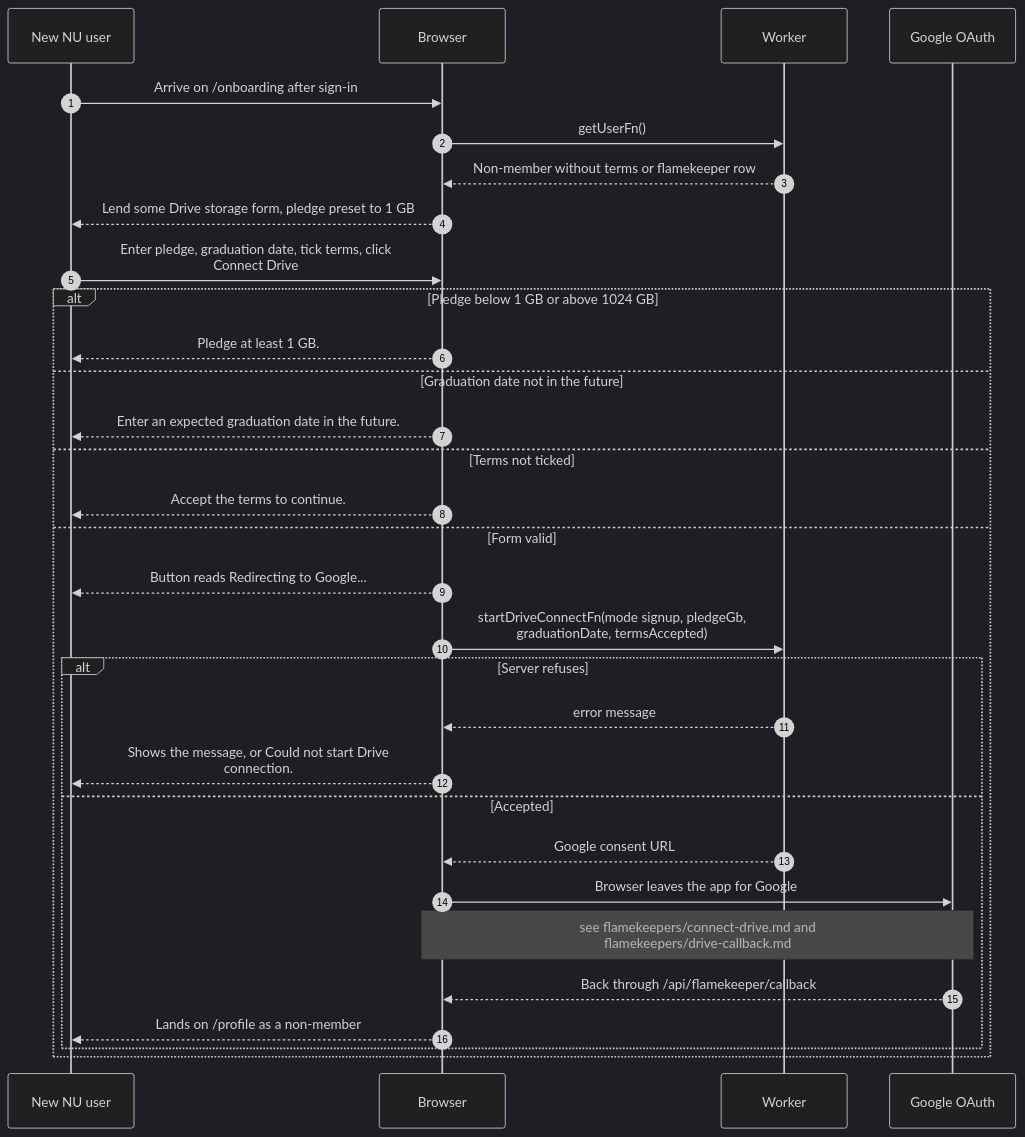
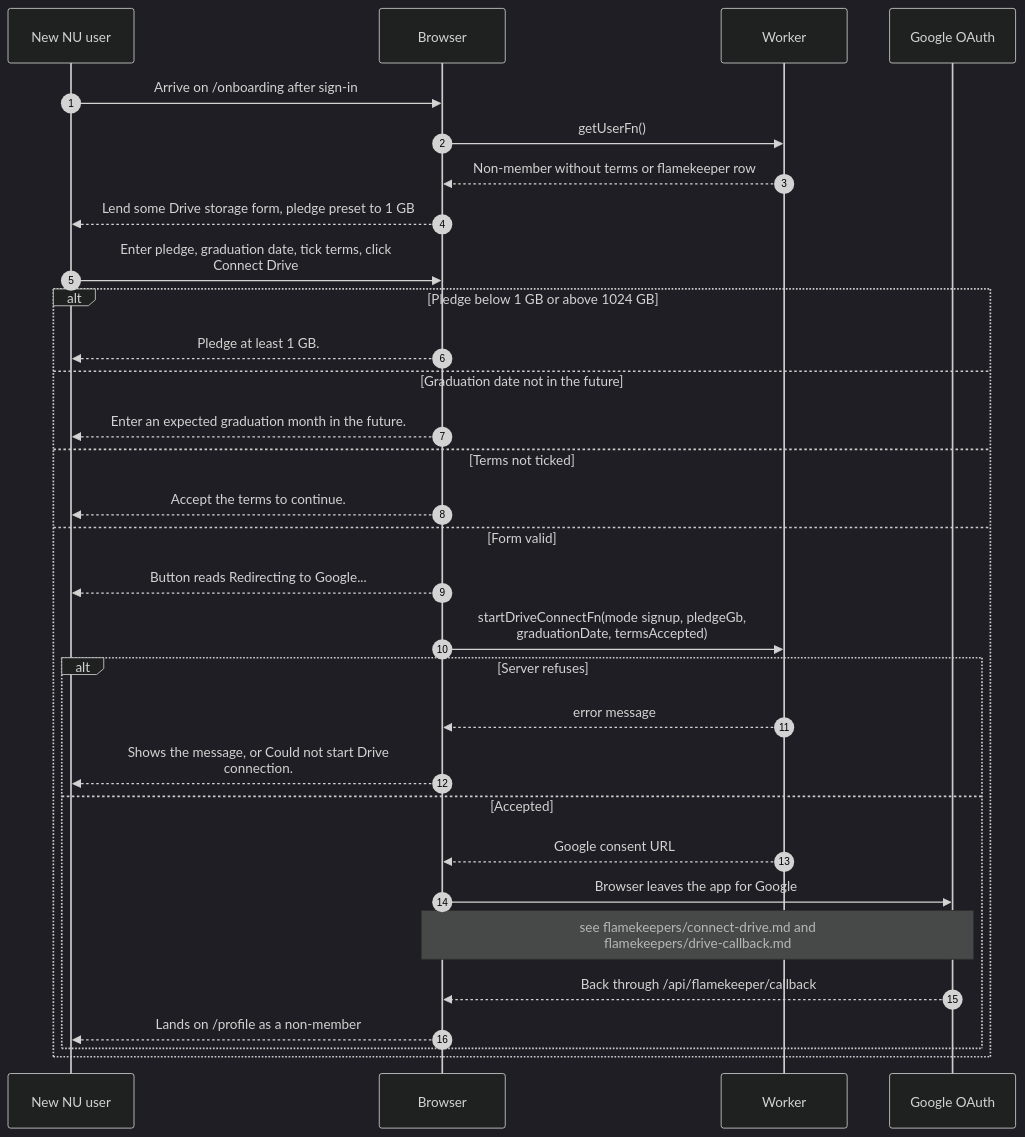
Before and after one commit to sagyzdop/meriksirat: the diagram in docs/scenarios/account/signup-nu.md, drawn with Mermaid (dark theme). The commit also changed other lines of this file and 38 other files, not shown here.

First line of the commit message:
feat(graduation): one graduation date on the user

````diff
--- a/docs/scenarios/account/signup-nu.md
+++ b/docs/scenarios/account/signup-nu.md
@@ -31,33 +31,33 @@
 ```mermaid
 sequenceDiagram
     autonumber
     participant P as New NU user
     participant B as Browser
     participant W as Worker
     participant G as Google OAuth
     P->>B: Arrive on /onboarding after sign-in
     B->>W: getUserFn()
     W-->>B: Non-member without terms or flamekeeper row
     B-->>P: Lend some Drive storage form, pledge preset to 1 GB
     P->>B: Enter pledge, graduation date, tick terms, click<br/>Connect Drive
     alt Pledge below 1 GB or above 1024 GB
         B-->>P: Pledge at least 1 GB.
     else Graduation date not in the future
-        B-->>P: Enter an expected graduation date in the future.
+        B-->>P: Enter an expected graduation month in the future.
     else Terms not ticked
         B-->>P: Accept the terms to continue.
     else Form valid
         B-->>P: Button reads Redirecting to Google...
         B->>W: startDriveConnectFn(mode signup, pledgeGb,<br/>graduationDate, termsAccepted)
         alt Server refuses
             W-->>B: error message
             B-->>P: Shows the message, or Could not start Drive<br/>connection.
         else Accepted
             W-->>B: Google consent URL
             B->>G: Browser leaves the app for Google
             Note over B,G: see flamekeepers/connect-drive.md and<br/>flamekeepers/drive-callback.md
             G-->>B: Back through /api/flamekeeper/callback
             B-->>P: Lands on /profile as a non-member
         end
     end
 ```
````
